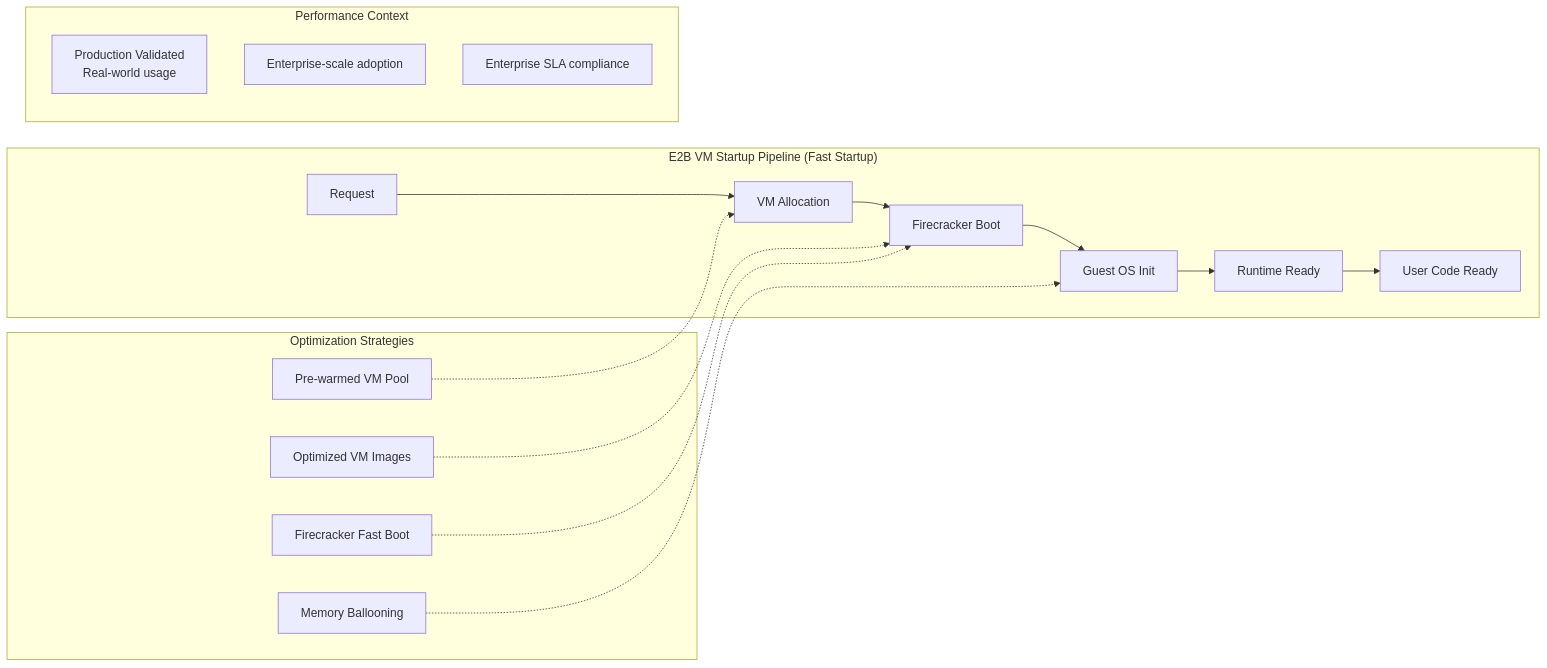
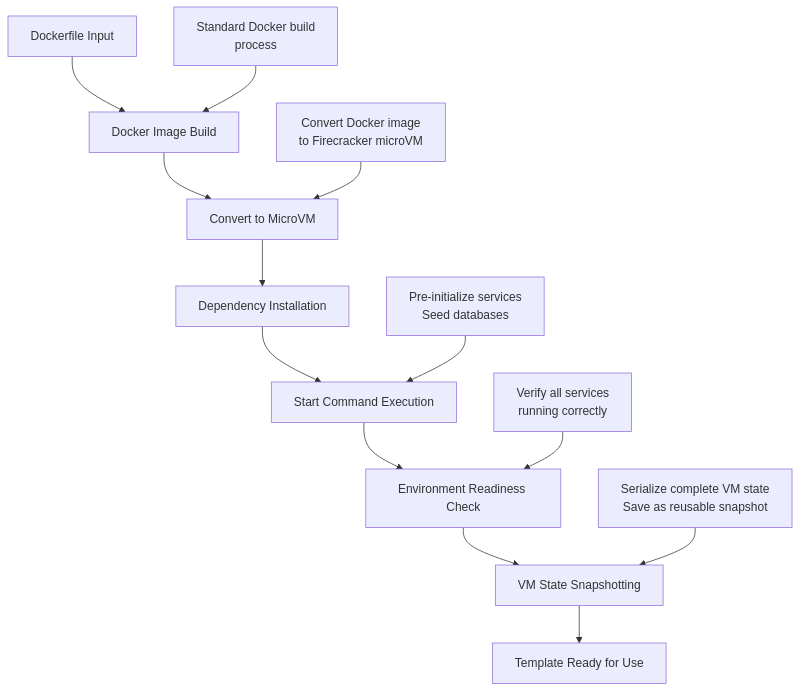
Before and after one commit to dwarvesf/research: the fourth of 8 diagrams in breakdown/e2b.md, drawn with Mermaid. The commit also changed other lines of this file and 2 other files, not shown here.

````diff
--- a/breakdown/e2b.md
+++ b/breakdown/e2b.md
@@ -357,28 +322,16 @@
 ```mermaid
-graph LR
-    subgraph "E2B VM Startup Pipeline (Fast Startup)"
-        T0[Request] --> T1[VM Allocation]
-        T1 --> T2[Firecracker Boot]
-        T2 --> T3[Guest OS Init]
-        T3 --> T4[Runtime Ready]
-        T4 --> T5[User Code Ready]
-    end
+graph TD
+    A[Dockerfile Input] --> B[Docker Image Build]
+    B --> C[Convert to MicroVM]
+    C --> D[Dependency Installation]
+    D --> E[Start Command Execution]
+    E --> F[Environment Readiness Check]
+    F --> G[VM State Snapshotting]
+    G --> H[Template Ready for Use]
 
-    subgraph "Optimization Strategies"
-        PreWarm[Pre-warmed VM Pool]
-        OptImg[Optimized VM Images]
-        FastBoot[Firecracker Fast Boot]
-        MemBalloon[Memory Ballooning]
-
-        PreWarm -.-> T1
-        OptImg -.-> T2
-        FastBoot -.-> T2
-        MemBalloon -.-> T3
-    end
-
-    subgraph "Performance Context"
-        Production[Production Validated<br/>Real-world usage]
-        Scale[Enterprise-scale adoption]
-        Enterprise[Enterprise SLA compliance]
-    end
+    B1[Standard Docker build<br/>process] --> B
+    C1[Convert Docker image<br/>to Firecracker microVM] --> C
+    E1[Pre-initialize services<br/>Seed databases] --> E
+    F1[Verify all services<br/>running correctly] --> F
+    G1[Serialize complete VM state<br/>Save as reusable snapshot] --> G
 ```
````
